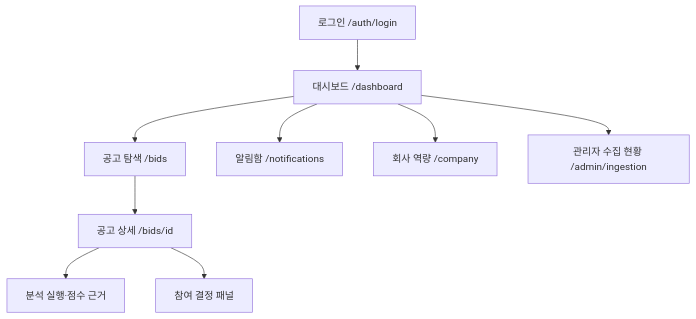
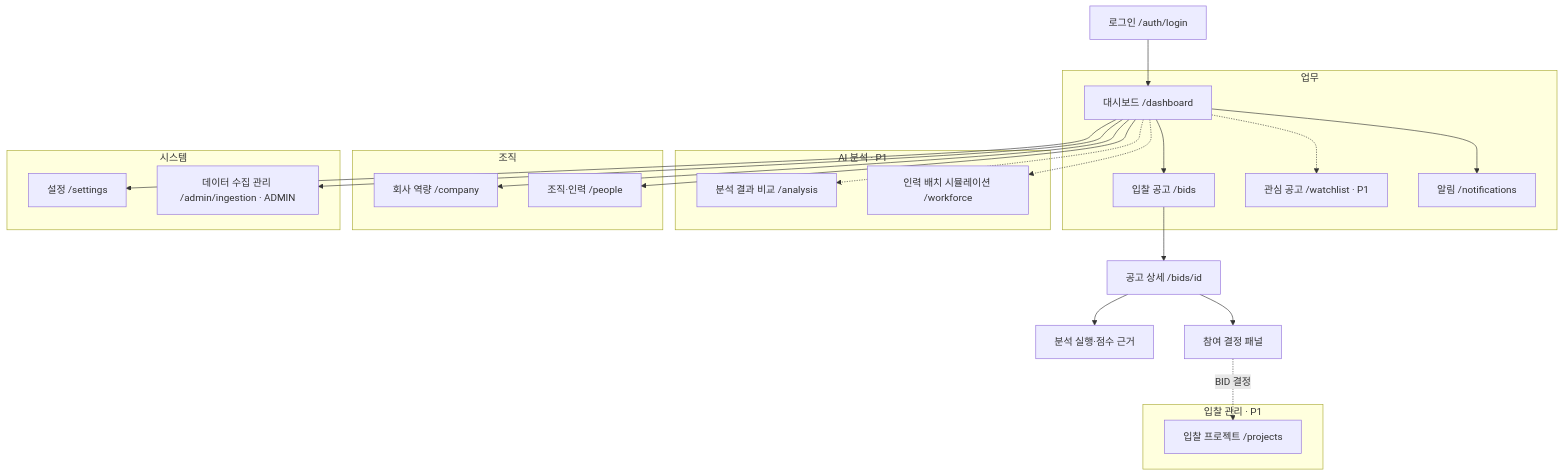
Before and after one commit to solideoai/sol-radar: the diagram in docs/06-UI-UX.md, drawn with Mermaid. The commit also changed other lines of this file and 19 other files, not shown here.

````diff
--- a/docs/06-UI-UX.md
+++ b/docs/06-UI-UX.md
@@ -27,11 +27,38 @@
 ```mermaid
 flowchart TD
- L[로그인 /auth/login] --> D[대시보드 /dashboard]
- D --> B[공고 탐색 /bids]
+ L[로그인 /auth/login] --> D
+ subgraph 업무
+  D[대시보드 /dashboard]
+  B[입찰 공고 /bids]
+  W[관심 공고 /watchlist · P1]
+  N[알림 /notifications]
+ end
+ subgraph AI분석[AI 분석 · P1]
+  AN[분석 결과 비교 /analysis]
+  WF[인력 배치 시뮬레이션 /workforce]
+ end
+ subgraph 입찰관리[입찰 관리 · P1]
+  P[입찰 프로젝트 /projects]
+ end
+ subgraph 조직
+  C[회사 역량 /company]
+  O[조직·인력 /people]
+ end
+ subgraph 시스템
+  ST[설정 /settings]
+  M[데이터 수집 관리 /admin/ingestion · ADMIN]
+ end
+ D --> B
  B --> S[공고 상세 /bids/id]
  S --> A[분석 실행·점수 근거]
  S --> R[참여 결정 패널]
- D --> N[알림함 /notifications]
- D --> C[회사 역량 /company]
- D --> M[관리자 수집 현황 /admin/ingestion]
+ D --> N
+ D --> C
+ D --> O
+ D --> ST
+ D --> M
+ D -.-> W
+ D -.-> AN
+ D -.-> WF
+ R -.->|BID 결정| P
 ```
````
